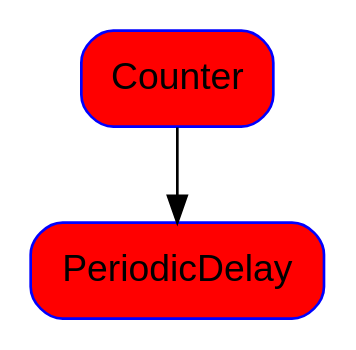
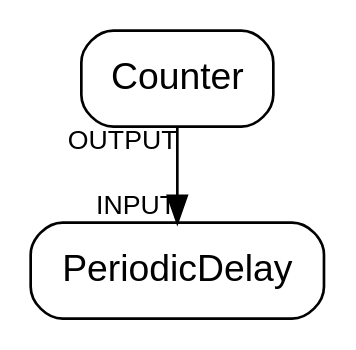
The diagram in example/simple.dot (uboot/stromx), drawn with Graphviz before and after one commit. The commit also changed 8 other files, not shown here.

```diff
--- a/example/simple.dot
+++ b/example/simple.dot
@@ -1,5 +1,5 @@
 digraph strom
 {
-    node [shape=box, fontname=Helvetica, style="rounded,filled", color=blue fillcolor=red]
-    Counter -> PeriodicDelay
+    node [shape = box, fontname = Helvetica, style = "rounded"]
+    "Counter" -> "PeriodicDelay" [headlabel = "INPUT", taillabel = "OUTPUT", labelfontname = Helvetica, labelfontsize = "10pt"]
 }
```
